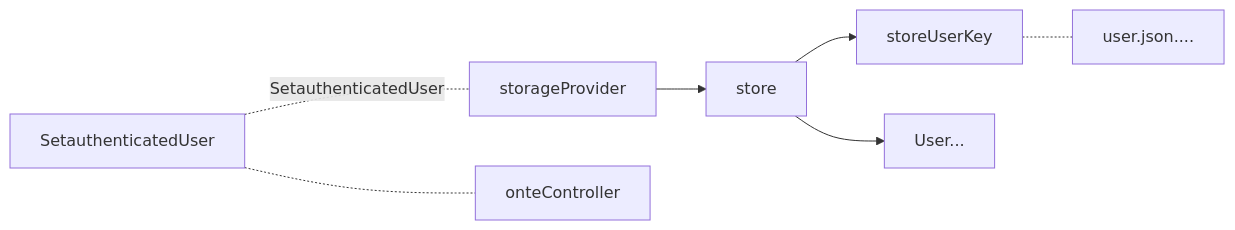
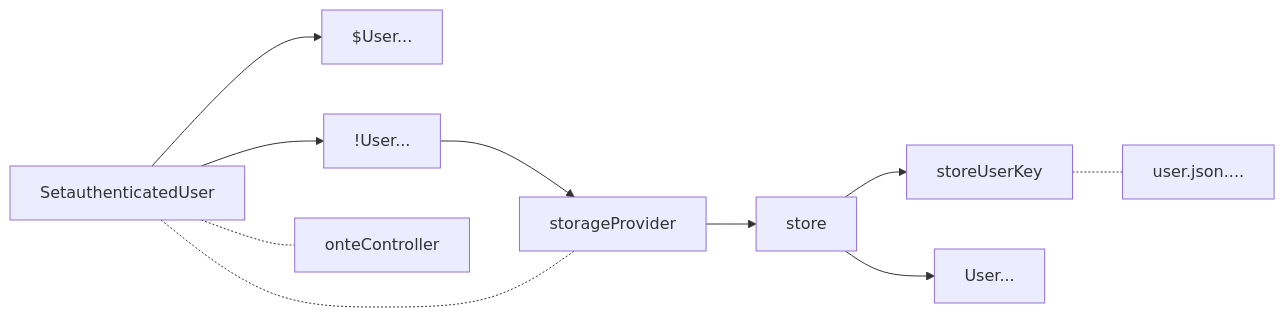
The fourth of 6 diagrams in newage/astro.md (gordianknotC/nxp_note), drawn with Mermaid before and after one commit. The commit also changed other lines of this file, not shown here.

Commit message:
newage/astro.md updated from https://stackedit.io/

````diff
--- a/newage/astro.md
+++ b/newage/astro.md
@@ -46,10 +46,12 @@
 ```mermaid
 graph LR
 storeUserKey -.- user.json....
-SetauthenticatedUser -.
+SetauthenticatedUser --> $User...
+SetauthenticatedUser --> !User...
+!User... --> storageProvider
 SetauthenticatedUser -.- storageProvider
 SetauthenticatedUser -.- onteController
 storageProvider --> store
 store --> storeUserKey
 store --> User...
 ```
````
